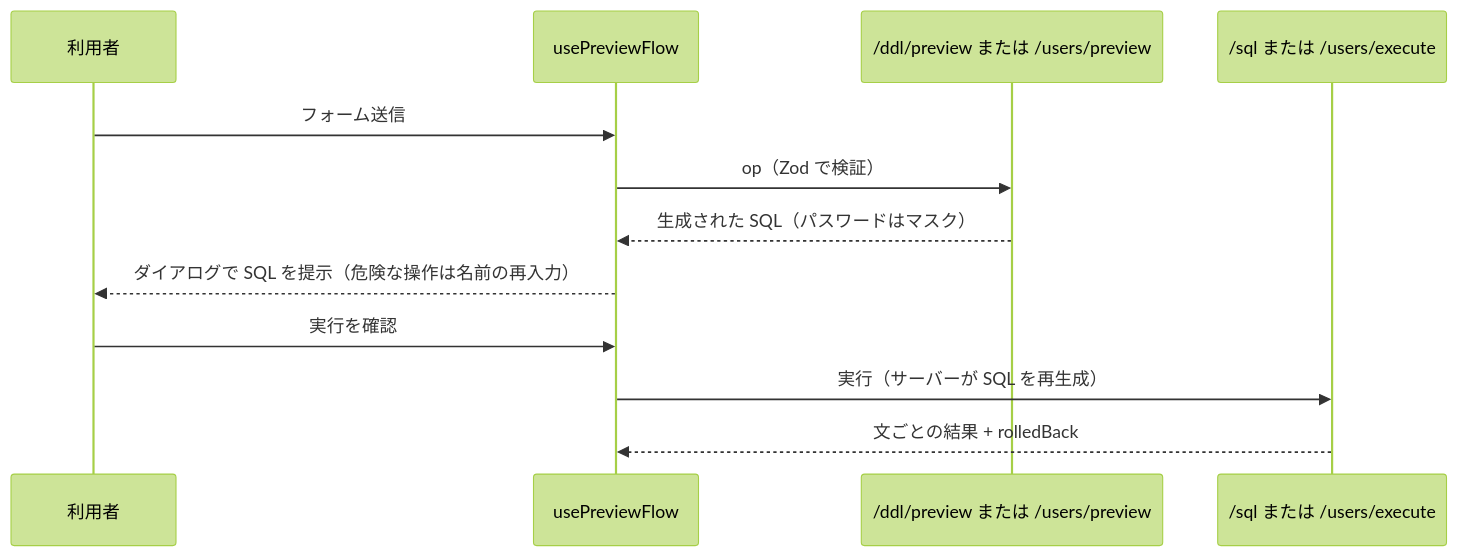
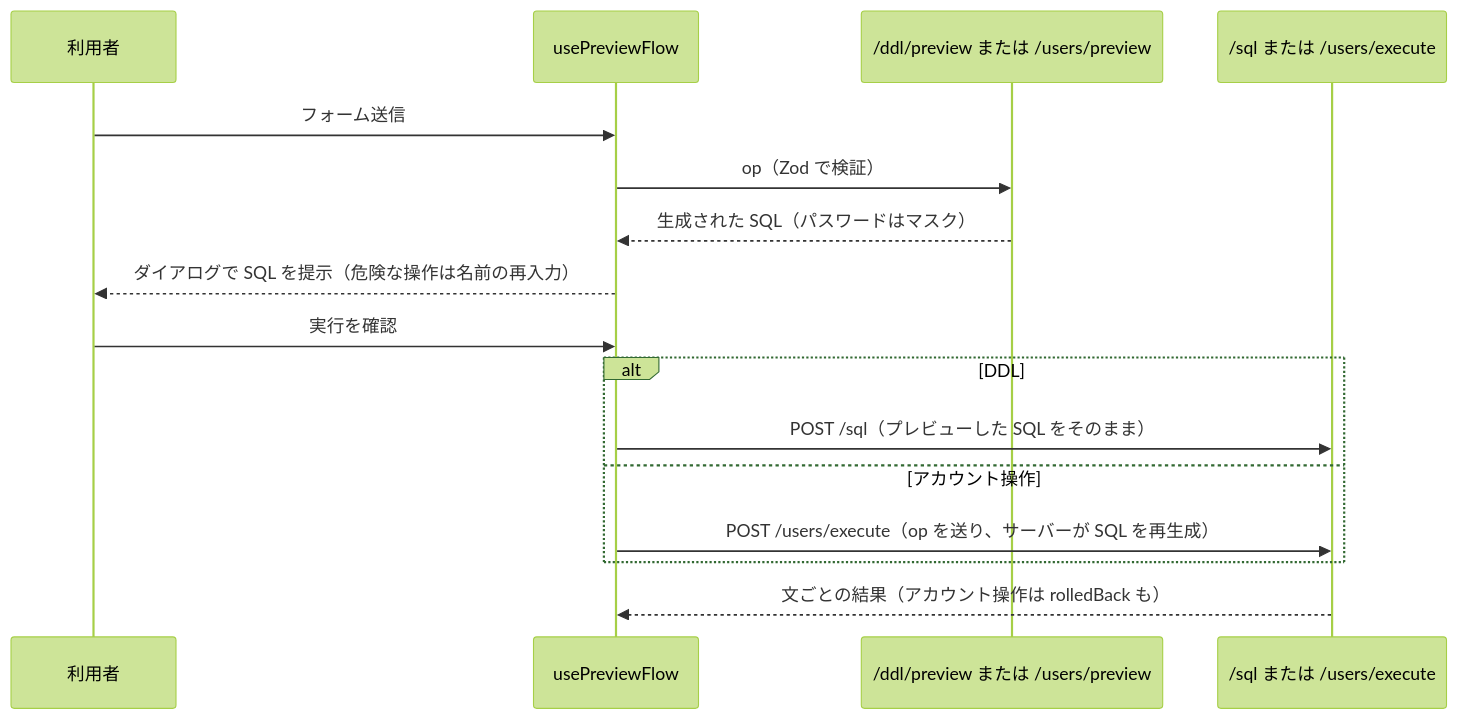
Before and after one commit to ip-san/tsmyadmin: the eighth of 11 diagrams in docs/architecture.md, drawn with Mermaid (forest theme). The commit also changed other lines of this file and 9 other files, not shown here.

````diff
--- a/docs/architecture.md
+++ b/docs/architecture.md
@@ -188,15 +222,19 @@
 ```mermaid
 sequenceDiagram
   participant U as 利用者
   participant W as usePreviewFlow
   participant P as /ddl/preview または /users/preview
   participant E as /sql または /users/execute
 
   U->>W: フォーム送信
   W->>P: op（Zod で検証）
   P-->>W: 生成された SQL（パスワードはマスク）
   W-->>U: ダイアログで SQL を提示（危険な操作は名前の再入力）
   U->>W: 実行を確認
-  W->>E: 実行（サーバーが SQL を再生成）
-  E-->>W: 文ごとの結果 + rolledBack
+  alt DDL
+    W->>E: POST /sql（プレビューした SQL をそのまま）
+  else アカウント操作
+    W->>E: POST /users/execute（op を送り、サーバーが SQL を再生成）
+  end
+  E-->>W: 文ごとの結果（アカウント操作は rolledBack も）
 ```
````
